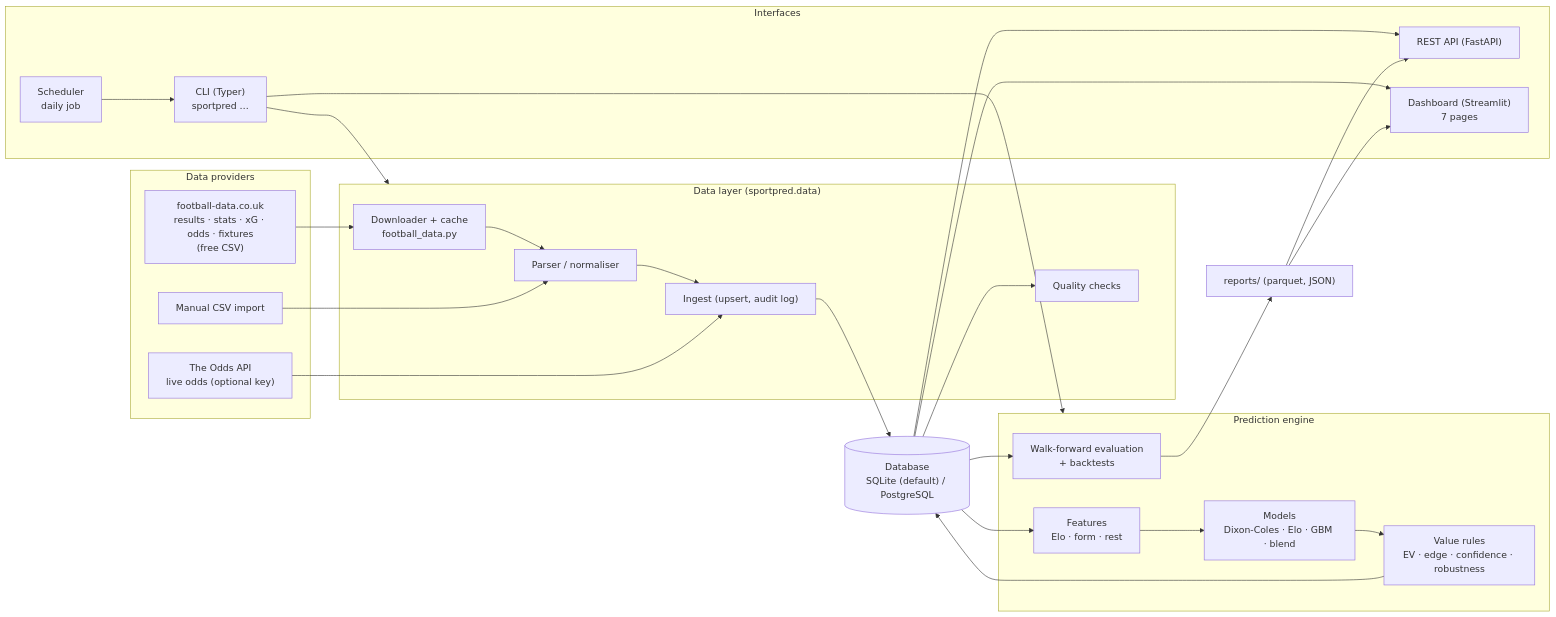
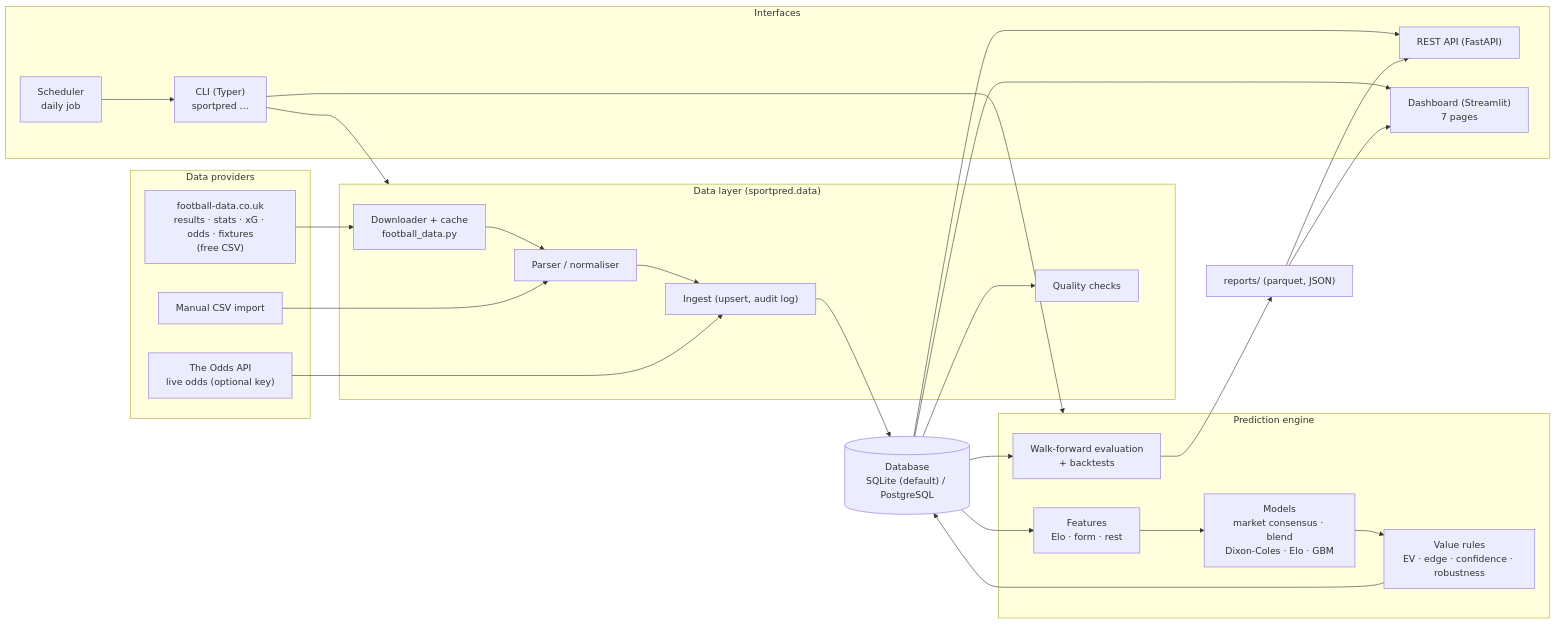
Before and after one commit to marvvinnmann/Sport: the diagram in docs/ARCHITECTURE.md, drawn with Mermaid. The commit also changed other lines of this file and 24 other files, not shown here.

First line of the commit message:
Make market consensus the live default; final research report, model card, faster staking

````diff
--- a/docs/ARCHITECTURE.md
+++ b/docs/ARCHITECTURE.md
@@ -5,43 +5,43 @@
 ```mermaid
 flowchart LR
     subgraph Sources["Data providers"]
         FD["football-data.co.uk<br/>results · stats · xG · odds · fixtures<br/>(free CSV)"]
         OA["The Odds API<br/>live odds (optional key)"]
         CSV["Manual CSV import"]
     end
 
     subgraph Data["Data layer (sportpred.data)"]
         DL["Downloader + cache<br/>football_data.py"]
         PA["Parser / normaliser"]
         IN["Ingest (upsert, audit log)"]
         QC["Quality checks"]
     end
 
     DB[("Database<br/>SQLite (default) / PostgreSQL")]
 
     subgraph Engine["Prediction engine"]
         FE["Features<br/>Elo · form · rest"]
-        MO["Models<br/>Dixon-Coles · Elo · GBM · blend"]
+        MO["Models<br/>market consensus · blend<br/>Dixon-Coles · Elo · GBM"]
         VB["Value rules<br/>EV · edge · confidence · robustness"]
         WF["Walk-forward evaluation<br/>+ backtests"]
     end
 
     subgraph Apps["Interfaces"]
         CLI["CLI (Typer)<br/>sportpred …"]
         API["REST API (FastAPI)"]
         UI["Dashboard (Streamlit)<br/>7 pages"]
         SCH["Scheduler<br/>daily job"]
     end
 
     FD --> DL --> PA --> IN --> DB
     OA --> IN
     CSV --> PA
     DB --> QC
     DB --> FE --> MO --> VB --> DB
     DB --> WF
     WF --> REP["reports/ (parquet, JSON)"]
     DB --> API & UI
     REP --> UI & API
     CLI --> Data & Engine
     SCH --> CLI
 ```
````
